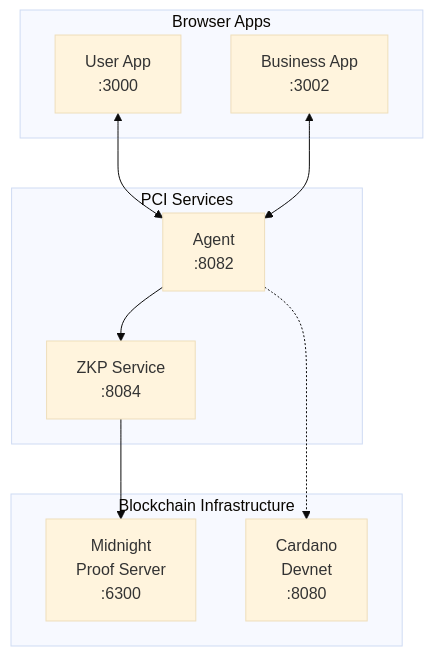
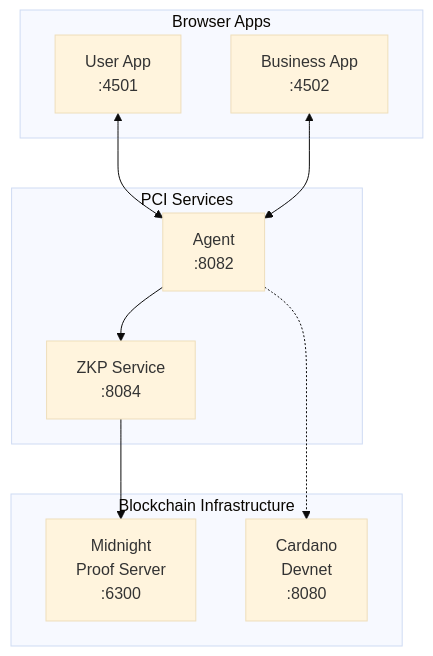
The first of 2 diagrams in README.md (peteski22/pci-demo), drawn with Mermaid (base theme) before and after one commit. The commit also changed other lines of this file, not shown here.

````diff
--- a/README.md
+++ b/README.md
@@ -15,23 +15,23 @@
 ```mermaid
 flowchart TB
     subgraph Frontend["Browser Apps"]
-        UA["User App<br/>:3000"]
-        BA["Business App<br/>:3002"]
+        UA["User App<br/>:4501"]
+        BA["Business App<br/>:4502"]
     end
 
     subgraph Backend["PCI Services"]
         AG["Agent<br/>:8082"]
         ZKP["ZKP Service<br/>:8084"]
     end
 
     subgraph Blockchain["Blockchain Infrastructure"]
         MN["Midnight<br/>Proof Server<br/>:6300"]
         CD["Cardano<br/>Devnet<br/>:8080"]
     end
 
     UA <--> AG
     BA <--> AG
     AG --> ZKP
     ZKP --> MN
     AG -.-> CD
 ```
````
